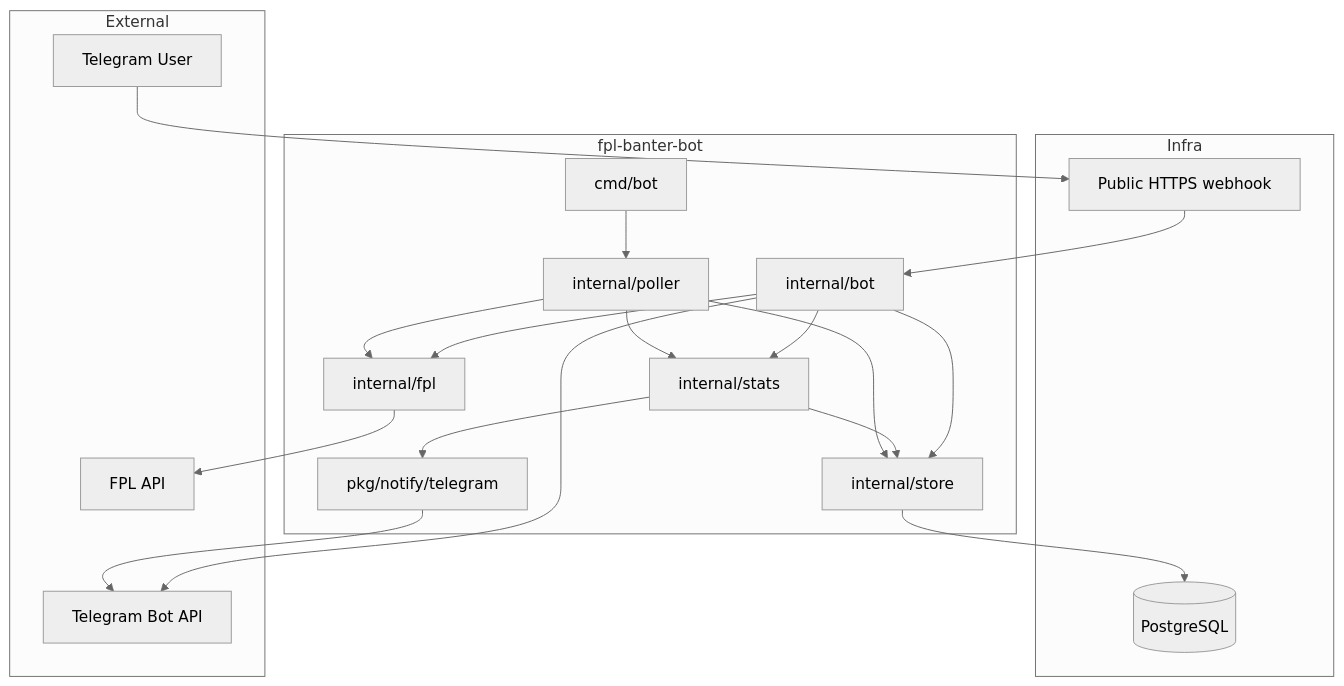
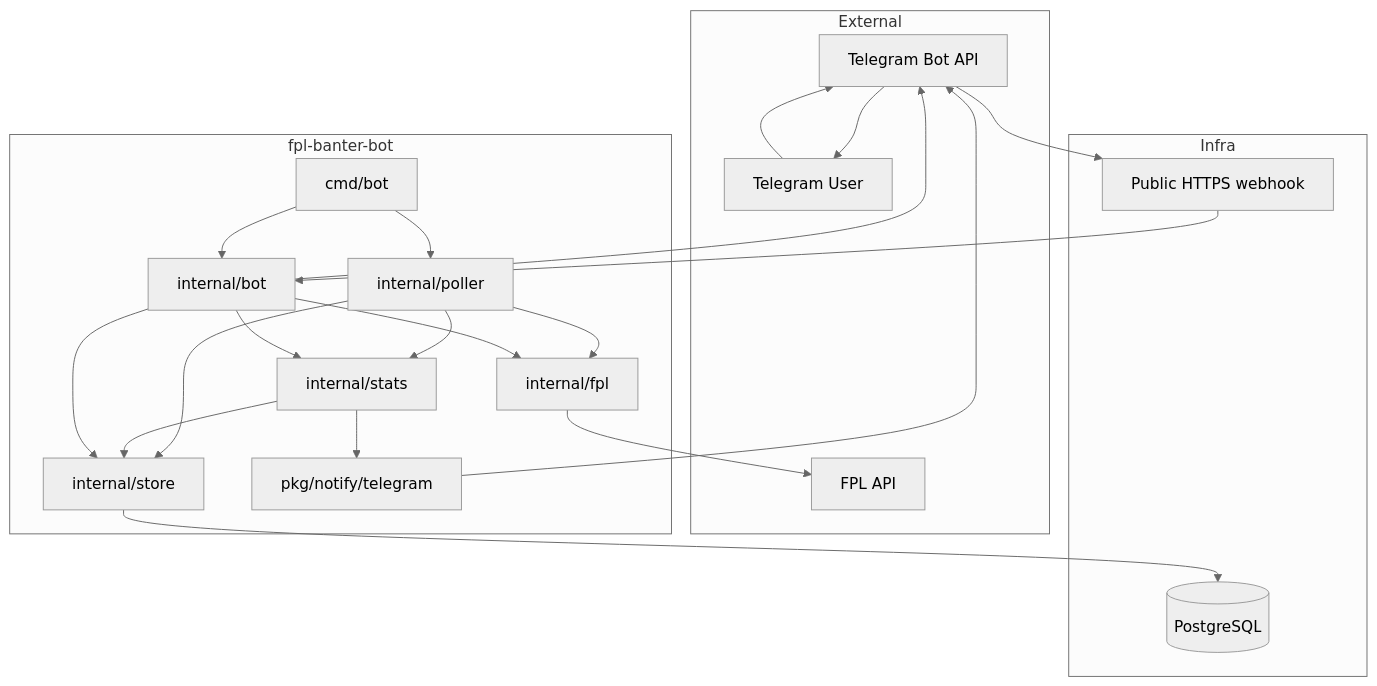
Before and after one commit to chrislonge/fpl-banter-bot: the diagram in README.md, drawn with Mermaid (neutral theme). The commit also changed other lines of this file, not shown here.

````diff
--- a/README.md
+++ b/README.md
@@ -31,39 +31,42 @@
 ```mermaid
 flowchart TB
     subgraph External
         FPL["FPL API"]
         TG["Telegram Bot API"]
         USER["Telegram User"]
     end
 
     subgraph "fpl-banter-bot"
         MAIN["cmd/bot"]
         POLLER["internal/poller"]
         STATS["internal/stats"]
         BOT["internal/bot"]
         STORE["internal/store"]
         CLIENT["internal/fpl"]
         NOTIFY["pkg/notify/telegram"]
     end
 
     subgraph Infra
         PG[("PostgreSQL")]
         WEB["Public HTTPS webhook"]
     end
 
     MAIN --> POLLER
+    MAIN --> BOT
     POLLER --> CLIENT
     CLIENT --> FPL
     POLLER --> STORE
     STORE --> PG
     POLLER --> STATS
     STATS --> STORE
     STATS --> NOTIFY
     NOTIFY --> TG
-    USER --> WEB
+    USER --> TG
+    TG --> WEB
     WEB --> BOT
     BOT --> STORE
     BOT --> STATS
     BOT --> CLIENT
     BOT --> TG
+    TG --> USER
 ```
````
